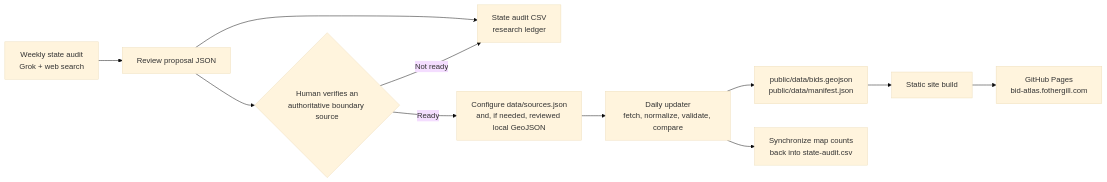
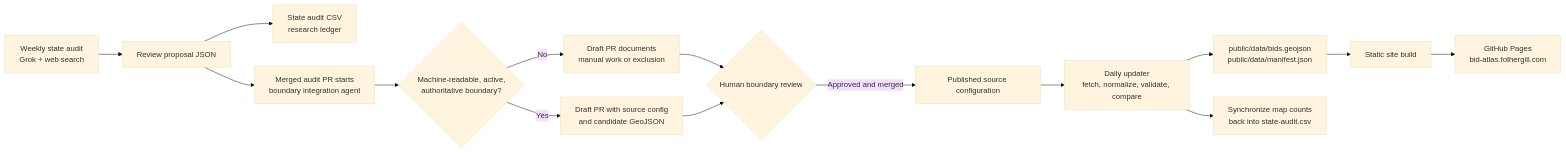
The diagram in docs/data-operations.md (afotherg/bid-atlas), drawn with Mermaid (base theme) before and after one commit. The commit also changed other lines of this file and 10 other files, not shown here.

Commit message:
Automate reviewed state boundary preparation

````diff
--- a/docs/data-operations.md
+++ b/docs/data-operations.md
@@ -9,13 +9,17 @@
 ```mermaid
 flowchart LR
   A["Weekly state audit<br/>Grok + web search"] --> B["Review proposal JSON"]
   B --> C["State audit CSV<br/>research ledger"]
-  B --> D{"Human verifies an<br/>authoritative boundary source"}
-  D -->|"Not ready"| C
-  D -->|"Ready"| E["Configure data/sources.json<br/>and, if needed, reviewed local GeoJSON"]
-  E --> F["Daily updater<br/>fetch, normalize, validate, compare"]
-  F --> G["public/data/bids.geojson<br/>public/data/manifest.json"]
-  G --> H["Static site build"]
-  H --> I["GitHub Pages<br/>bid-atlas.fothergill.com"]
-  F --> J["Synchronize map counts<br/>back into state-audit.csv"]
+  B --> D["Merged audit PR starts<br/>boundary integration agent"]
+  D --> E{"Machine-readable, active,<br/>authoritative boundary?"}
+  E -->|"No"| F["Draft PR documents<br/>manual work or exclusion"]
+  E -->|"Yes"| G["Draft PR with source config<br/>and candidate GeoJSON"]
+  F --> H{"Human boundary review"}
+  G --> H
+  H -->|"Approved and merged"| I["Published source configuration"]
+  I --> J["Daily updater<br/>fetch, normalize, validate, compare"]
+  J --> K["public/data/bids.geojson<br/>public/data/manifest.json"]
+  K --> L["Static site build"]
+  L --> M["GitHub Pages<br/>bid-atlas.fothergill.com"]
+  J --> N["Synchronize map counts<br/>back into state-audit.csv"]
 ```
````
